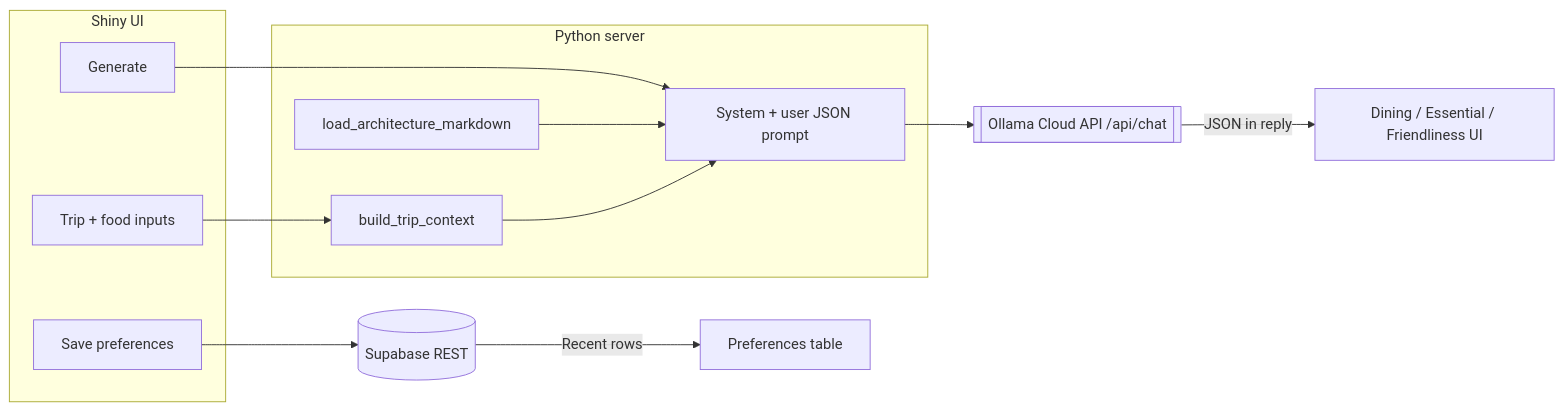
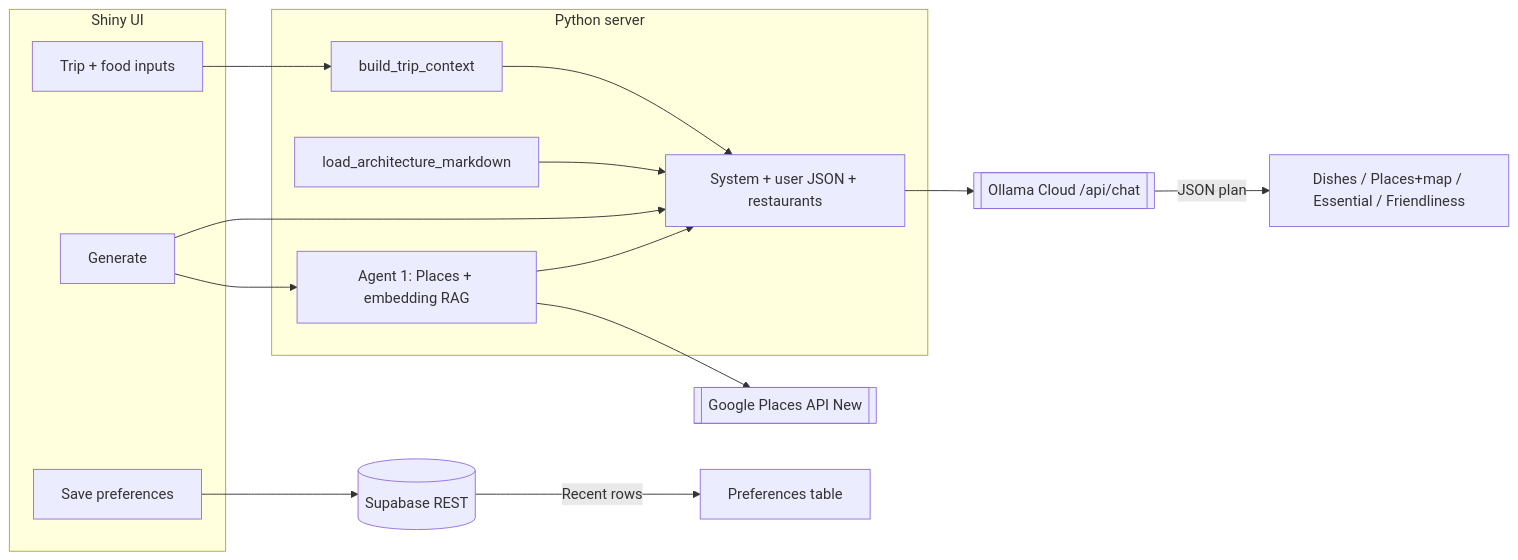
Before and after one commit to JanHsuanChu/TravelDashboard: the second of 2 diagrams in README.md, drawn with Mermaid. The commit also changed other lines of this file and 16 other files, not shown here.

````diff
--- a/README.md
+++ b/README.md
@@ -126,23 +142,28 @@
 ```mermaid
 flowchart LR
     subgraph ui [Shiny UI]
         Form[Trip + food inputs]
         Btn[Generate]
         Save[Save preferences]
     end
     subgraph server [Python server]
         Ctx[build_trip_context]
         Arch[load_architecture_markdown]
-        Prompt[System + user JSON prompt]
+        A1[Agent 1: Places + embedding RAG]
+        Prompt[System + user JSON + restaurants]
     end
     SB[(Supabase REST)]
-    Ollama[[Ollama Cloud API /api/chat]]
+    GPlaces[[Google Places API New]]
+    Ollama[[Ollama Cloud /api/chat]]
     Form --> Ctx
+    Btn --> A1
     Btn --> Prompt
+    A1 --> GPlaces
+    A1 --> Prompt
     Arch --> Prompt
     Ctx --> Prompt
     Prompt --> Ollama
-    Ollama -->|JSON in reply| Out[Dining / Essential / Friendliness UI]
+    Ollama -->|JSON plan| Out[Dishes / Places+map / Essential / Friendliness]
     Save --> SB
     SB -->|Recent rows| Table[Preferences table]
 ```
````
